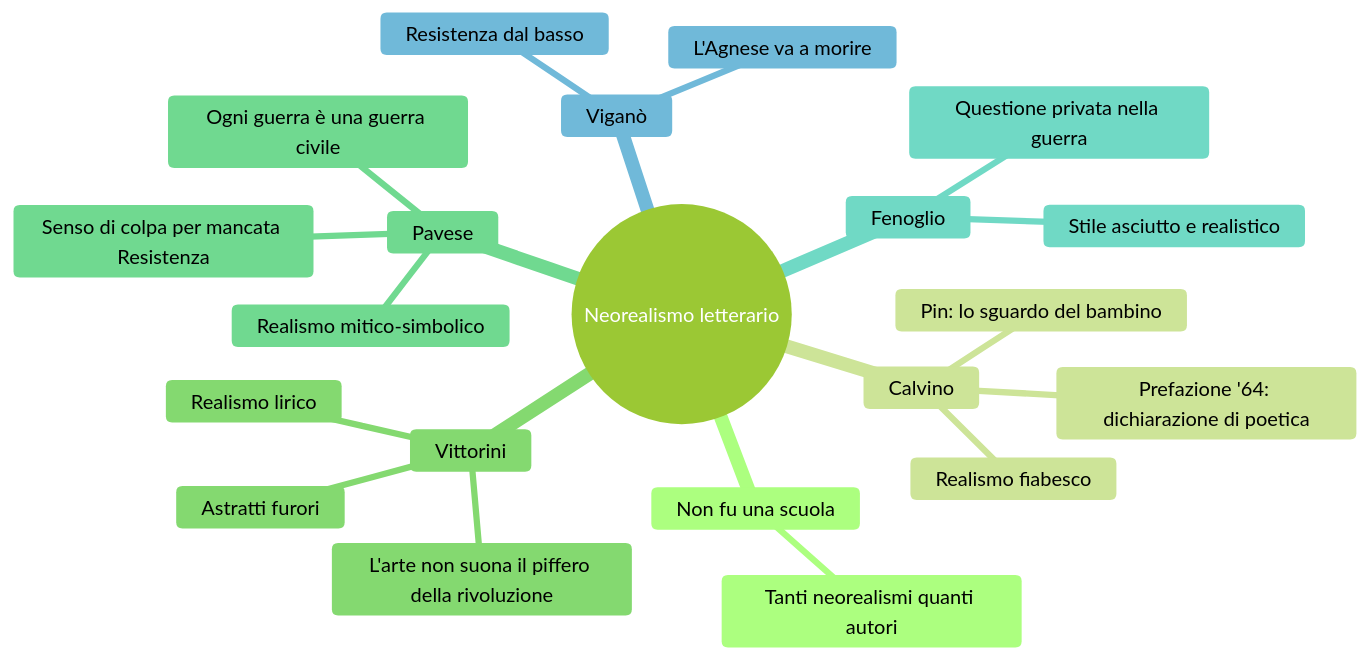
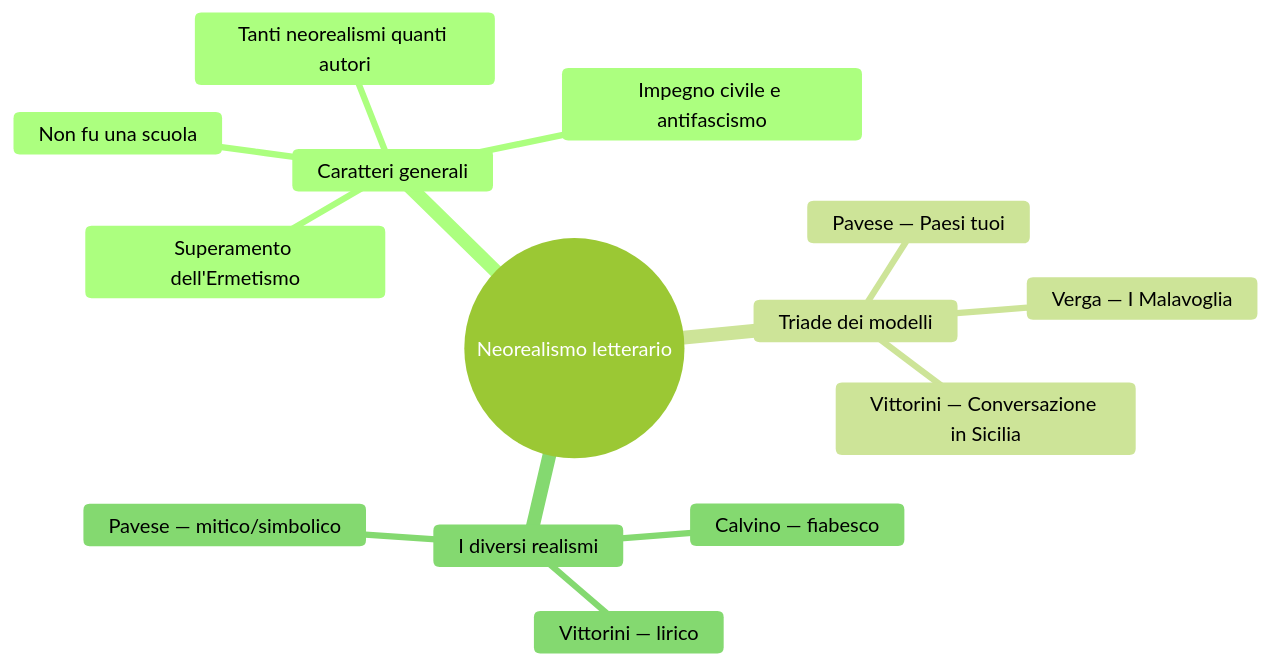
Before and after one commit to riccardo-algorime/appunti-5Bsa: the first of 3 diagrams in italiano/neorealismo-letterario/riassunto.md, drawn with Mermaid (forest theme). The commit also changed other lines of this file and 7 other files, not shown here.

````diff
--- a/italiano/neorealismo-letterario/riassunto.md
+++ b/italiano/neorealismo-letterario/riassunto.md
@@ -124,24 +24,17 @@
 ```mermaid
 mindmap
   root((Neorealismo letterario))
-    Non fu una scuola
+    Caratteri generali
+      Non fu una scuola
       Tanti neorealismi quanti autori
-    Calvino
-      Realismo fiabesco
-      Pin: lo sguardo del bambino
-      Prefazione '64: dichiarazione di poetica
-    Vittorini
-      Realismo lirico
-      Astratti furori
-      L'arte non suona il piffero della rivoluzione
-    Pavese
-      Realismo mitico-simbolico
-      Ogni guerra è una guerra civile
-      Senso di colpa per mancata Resistenza
-    Fenoglio
-      Questione privata nella guerra
-      Stile asciutto e realistico
-    Viganò
-      L'Agnese va a morire
-      Resistenza dal basso
+      Impegno civile e antifascismo
+      Superamento dell'Ermetismo
+    Triade dei modelli
+      Verga — I Malavoglia
+      Pavese — Paesi tuoi
+      Vittorini — Conversazione in Sicilia
+    I diversi realismi
+      Calvino — fiabesco
+      Vittorini — lirico
+      Pavese — mitico/simbolico
 ```
````
